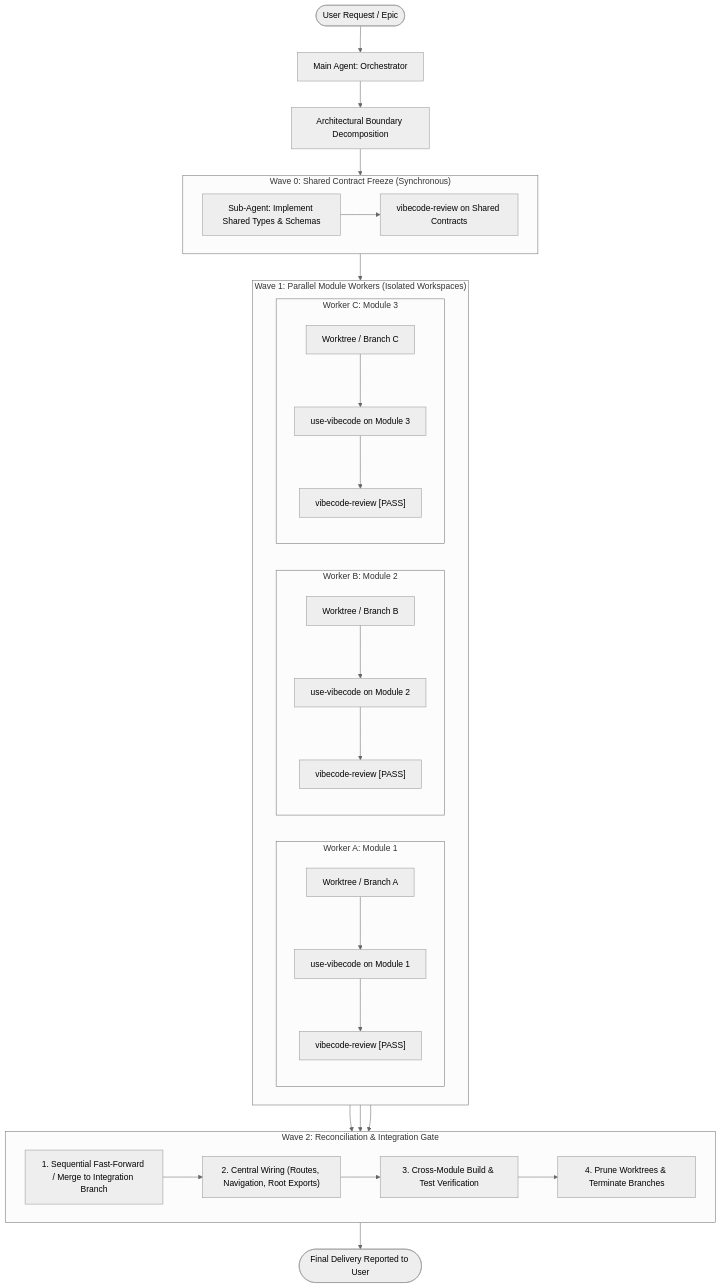
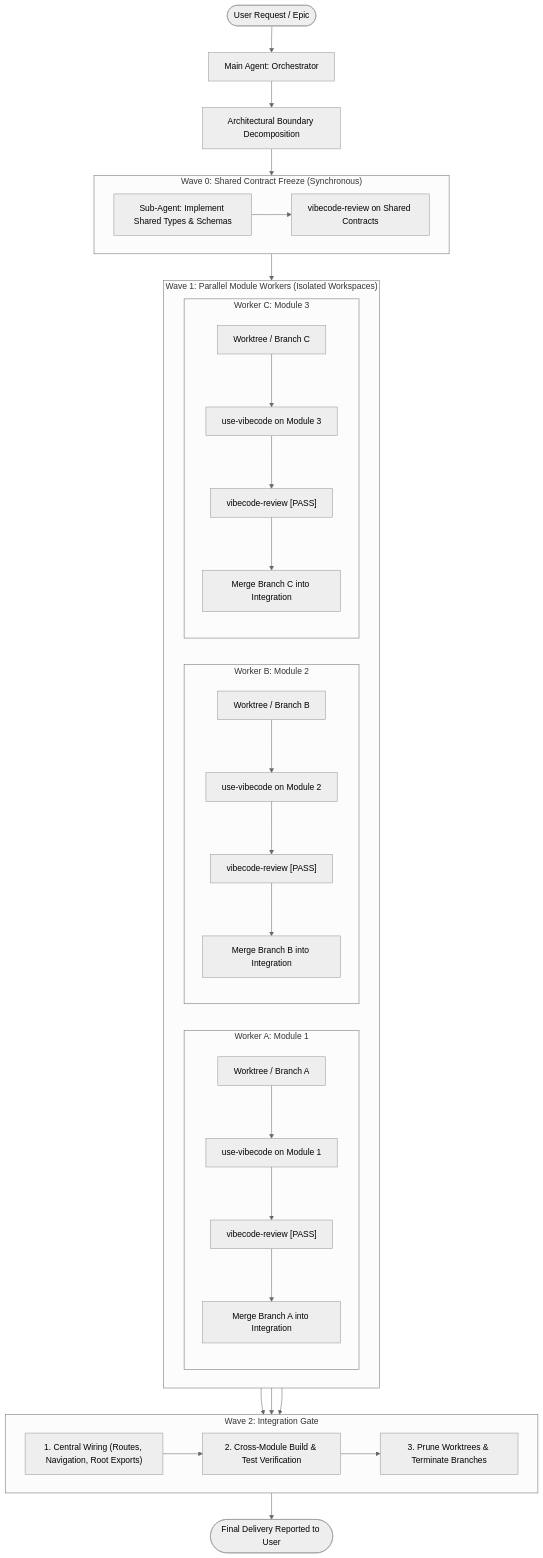
One commit to lysari/vibecode-skills changed the first of 2 diagrams in .agents/skills/vibecode-modules/SKILL.md. Above: the diagram before and after it, drawn with Mermaid (neutral theme). The commit also changed other lines of this file, not shown here.

Commit message:
fix: update integration gate process and clarify merge-on-pass behavior in SKILL.md

````diff
--- a/.agents/skills/vibecode-modules/SKILL.md
+++ b/.agents/skills/vibecode-modules/SKILL.md
@@ -23,50 +23,52 @@
 ```mermaid
 flowchart TD
     User([User Request / Epic]) --> Main[Main Agent: Orchestrator]
     Main --> Decomp[Architectural Boundary Decomposition]
 
     subgraph Wave0 ["Wave 0: Shared Contract Freeze (Synchronous)"]
         W0_Worker["Sub-Agent: Implement Shared Types & Schemas"]
         W0_Review["vibecode-review on Shared Contracts"]
         W0_Worker --> W0_Review
     end
 
     subgraph Wave1 ["Wave 1: Parallel Module Workers (Isolated Workspaces)"]
         direction LR
         subgraph WorkerA ["Worker A: Module 1"]
             WA_Worktree["Worktree / Branch A"]
             WA_Impl["use-vibecode on Module 1"]
             WA_Audit["vibecode-review [PASS]"]
-            WA_Worktree --> WA_Impl --> WA_Audit
+            WA_Merge["Merge Branch A into Integration"]
+            WA_Worktree --> WA_Impl --> WA_Audit --> WA_Merge
         end
 
         subgraph WorkerB ["Worker B: Module 2"]
             WB_Worktree["Worktree / Branch B"]
             WB_Impl["use-vibecode on Module 2"]
             WB_Audit["vibecode-review [PASS]"]
-            WB_Worktree --> WB_Impl --> WB_Audit
+            WB_Merge["Merge Branch B into Integration"]
+            WB_Worktree --> WB_Impl --> WB_Audit --> WB_Merge
         end
 
         subgraph WorkerC ["Worker C: Module 3"]
             WC_Worktree["Worktree / Branch C"]
             WC_Impl["use-vibecode on Module 3"]
             WC_Audit["vibecode-review [PASS]"]
-            WC_Worktree --> WC_Impl --> WC_Audit
+            WC_Merge["Merge Branch C into Integration"]
+            WC_Worktree --> WC_Impl --> WC_Audit --> WC_Merge
         end
     end
 
-    subgraph Wave2 ["Wave 2: Reconciliation & Integration Gate"]
-        Merge["1. Sequential Fast-Forward / Merge to Integration Branch"]
-        Wire["2. Central Wiring (Routes, Navigation, Root Exports)"]
-        Build["3. Cross-Module Build & Test Verification"]
-        Cleanup["4. Prune Worktrees & Terminate Branches"]
-        Merge --> Wire --> Build --> Cleanup
+    subgraph Wave2 ["Wave 2: Integration Gate"]
+        Wire["1. Central Wiring (Routes, Navigation, Root Exports)"]
+        Build["2. Cross-Module Build & Test Verification"]
+        Cleanup["3. Prune Worktrees & Terminate Branches"]
+        Wire --> Build --> Cleanup
     end
 
     Decomp --> Wave0
     Wave0 --> Wave1
     WorkerA --> Wave2
     WorkerB --> Wave2
     WorkerC --> Wave2
     Wave2 --> Done([Final Delivery Reported to User])
 ```
````
